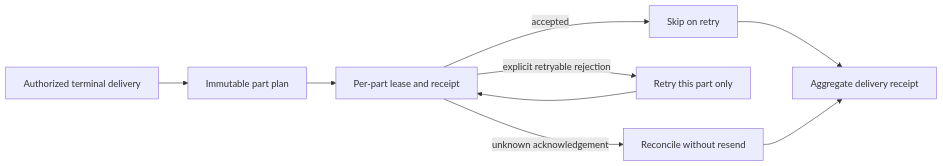
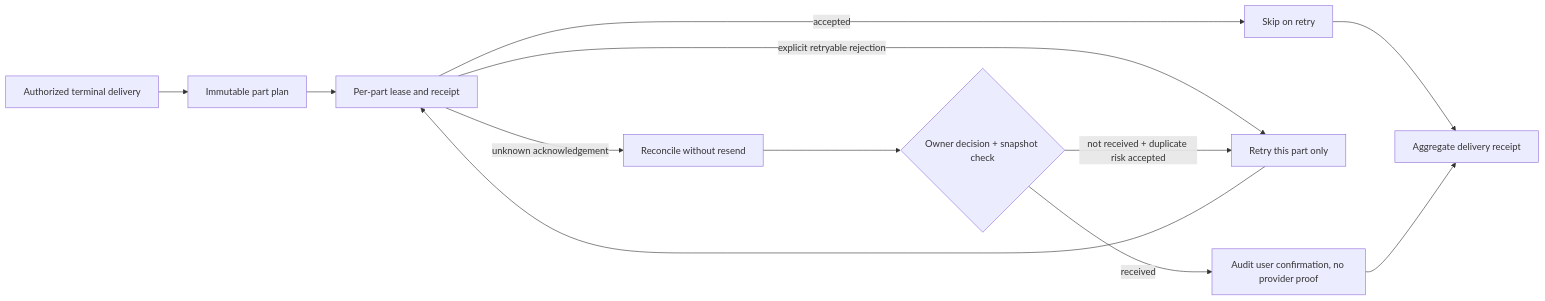
Before and after one commit to MatrixCoreX/RustClaw: the second of 3 diagrams in docs/architecture/11-task-artifact-delivery.md, drawn with Mermaid. The commit also changed other lines of this file and 62 other files, not shown here.

````diff
--- a/docs/architecture/11-task-artifact-delivery.md
+++ b/docs/architecture/11-task-artifact-delivery.md
@@ -83,11 +95,14 @@
 ```mermaid
 flowchart LR
     A[Authorized terminal delivery] --> B[Immutable part plan]
     B --> C[Per-part lease and receipt]
     C -->|accepted| D[Skip on retry]
     C -->|explicit retryable rejection| E[Retry this part only]
     C -->|unknown acknowledgement| F[Reconcile without resend]
     E --> C
     D --> G[Aggregate delivery receipt]
-    F --> G
+    F --> H{Owner decision + snapshot check}
+    H -->|received| I[Audit user confirmation, no provider proof]
+    H -->|not received + duplicate risk accepted| E
+    I --> G
 ```
````
